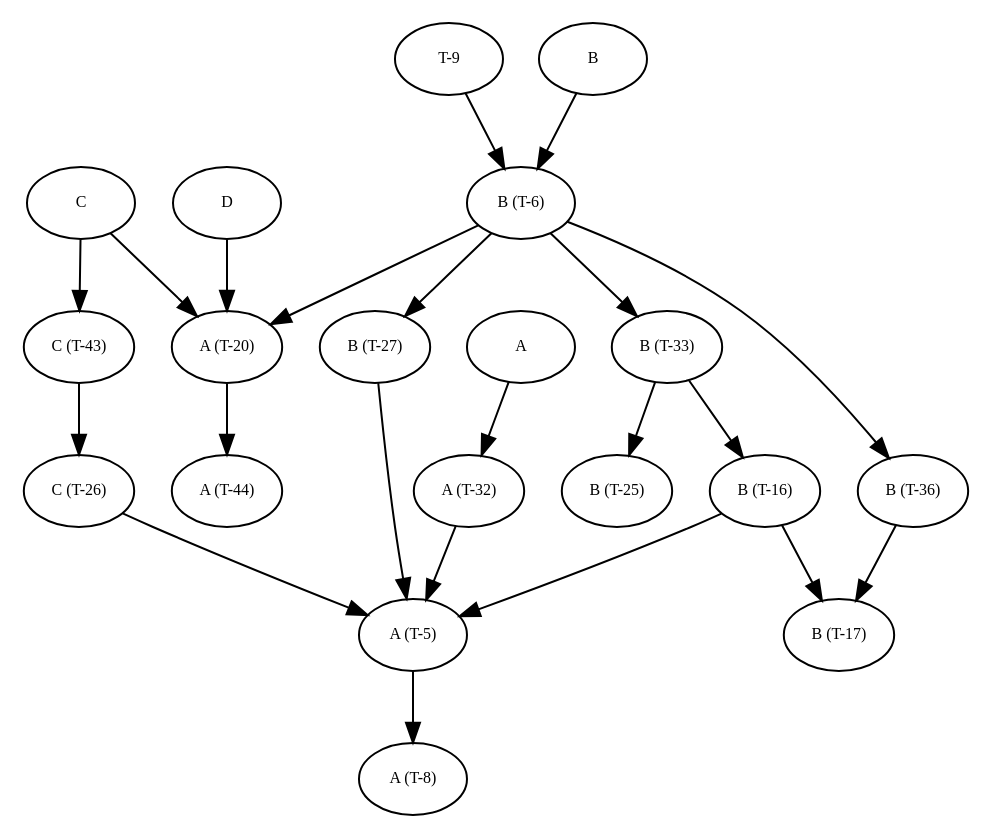
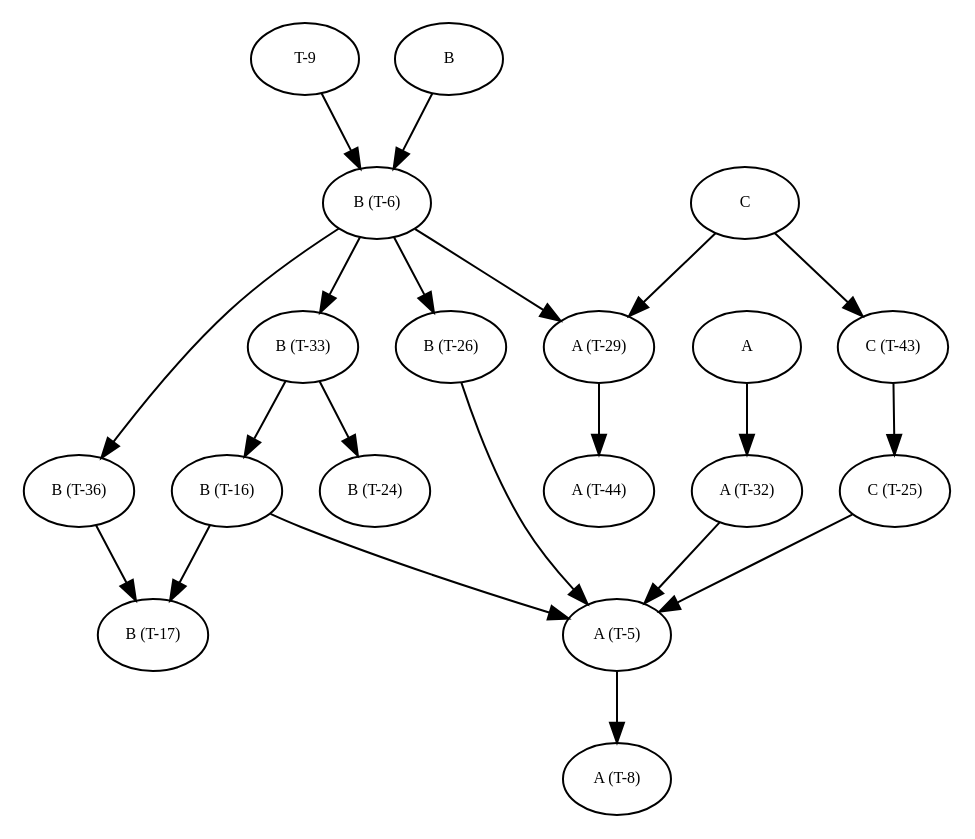
The diagram in graphs/debug_tree0.dot (amso100/livescript-declarations), drawn with Graphviz before and after one commit. The commit also changed 9 other files, not shown here.

```diff
--- a/graphs/debug_tree0.dot
+++ b/graphs/debug_tree0.dot
@@ -1,180 +1,171 @@
 digraph RGL__DirectedAdjacencyGraph {
-    "A (T-20)" [
+    "A (T-29)" [
         fontsize = 8,
-        label = "A (T-20)"
+        label = "A (T-29)"
     ]
 
     "A (T-44)" [
         fontsize = 8,
         label = "A (T-44)"
     ]
 
     "C (T-43)" [
         fontsize = 8,
         label = "C (T-43)"
     ]
 
-    "C (T-26)" [
+    "C (T-25)" [
         fontsize = 8,
-        label = "C (T-26)"
+        label = "C (T-25)"
     ]
 
     "A (T-5)" [
         fontsize = 8,
         label = "A (T-5)"
     ]
 
     "A (T-8)" [
         fontsize = 8,
         label = "A (T-8)"
     ]
 
     "B (T-33)" [
         fontsize = 8,
         label = "B (T-33)"
     ]
 
-    "B (T-25)" [
+    "B (T-24)" [
         fontsize = 8,
-        label = "B (T-25)"
+        label = "B (T-24)"
     ]
 
     "B (T-16)" [
         fontsize = 8,
         label = "B (T-16)"
     ]
 
     "B (T-17)" [
         fontsize = 8,
         label = "B (T-17)"
     ]
 
     C [
         fontsize = 8,
         label = C
     ]
 
     "B (T-36)" [
         fontsize = 8,
         label = "B (T-36)"
     ]
 
     "B (T-6)" [
         fontsize = 8,
         label = "B (T-6)"
     ]
 
-    "B (T-27)" [
+    "B (T-26)" [
         fontsize = 8,
-        label = "B (T-27)"
+        label = "B (T-26)"
     ]
 
     "A (T-32)" [
         fontsize = 8,
         label = "A (T-32)"
     ]
 
     A [
         fontsize = 8,
         label = A
     ]
 
-    D [
-        fontsize = 8,
-        label = D
-    ]
-
     "T-9" [
         fontsize = 8,
         label = "T-9"
     ]
 
     B [
         fontsize = 8,
         label = B
     ]
 
-    "A (T-20)" -> "A (T-44)" [
+    "A (T-29)" -> "A (T-44)" [
         fontsize = 8
     ]
 
-    "C (T-43)" -> "C (T-26)" [
+    "C (T-43)" -> "C (T-25)" [
         fontsize = 8
     ]
 
-    "C (T-26)" -> "A (T-5)" [
+    "C (T-25)" -> "A (T-5)" [
         fontsize = 8
     ]
 
     "A (T-5)" -> "A (T-8)" [
         fontsize = 8
     ]
 
-    "B (T-33)" -> "B (T-25)" [
+    "B (T-33)" -> "B (T-24)" [
         fontsize = 8
     ]
 
     "B (T-33)" -> "B (T-16)" [
         fontsize = 8
     ]
 
     "B (T-16)" -> "A (T-5)" [
         fontsize = 8
     ]
 
     "B (T-16)" -> "B (T-17)" [
         fontsize = 8
     ]
 
     C -> "C (T-43)" [
         fontsize = 8
     ]
 
-    C -> "A (T-20)" [
+    C -> "A (T-29)" [
         fontsize = 8
     ]
 
     "B (T-36)" -> "B (T-17)" [
         fontsize = 8
     ]
 
     "B (T-6)" -> "B (T-36)" [
         fontsize = 8
     ]
 
     "B (T-6)" -> "B (T-33)" [
         fontsize = 8
     ]
 
-    "B (T-6)" -> "A (T-20)" [
+    "B (T-6)" -> "A (T-29)" [
         fontsize = 8
     ]
 
-    "B (T-6)" -> "B (T-27)" [
+    "B (T-6)" -> "B (T-26)" [
         fontsize = 8
     ]
 
-    "B (T-27)" -> "A (T-5)" [
+    "B (T-26)" -> "A (T-5)" [
         fontsize = 8
     ]
 
     "A (T-32)" -> "A (T-5)" [
         fontsize = 8
     ]
 
     A -> "A (T-32)" [
         fontsize = 8
     ]
 
-    D -> "A (T-20)" [
-        fontsize = 8
-    ]
-
     "T-9" -> "B (T-6)" [
         fontsize = 8
     ]
 
     B -> "B (T-6)" [
         fontsize = 8
     ]
 }
```
